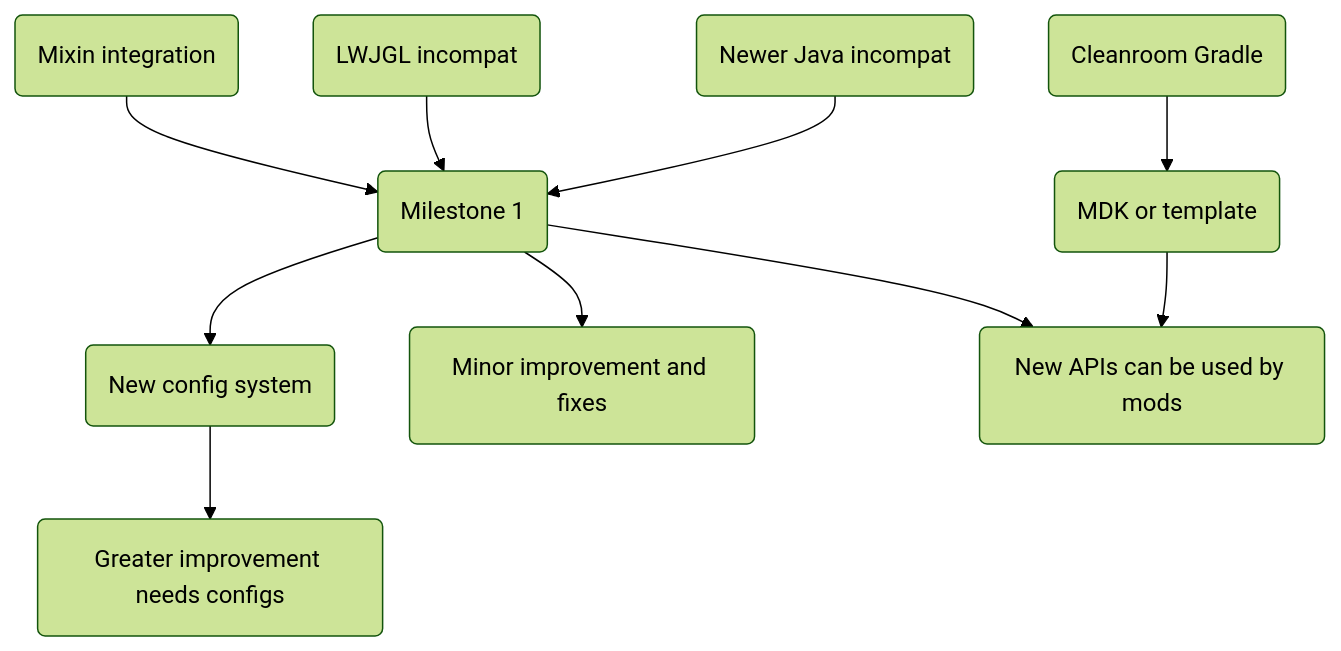
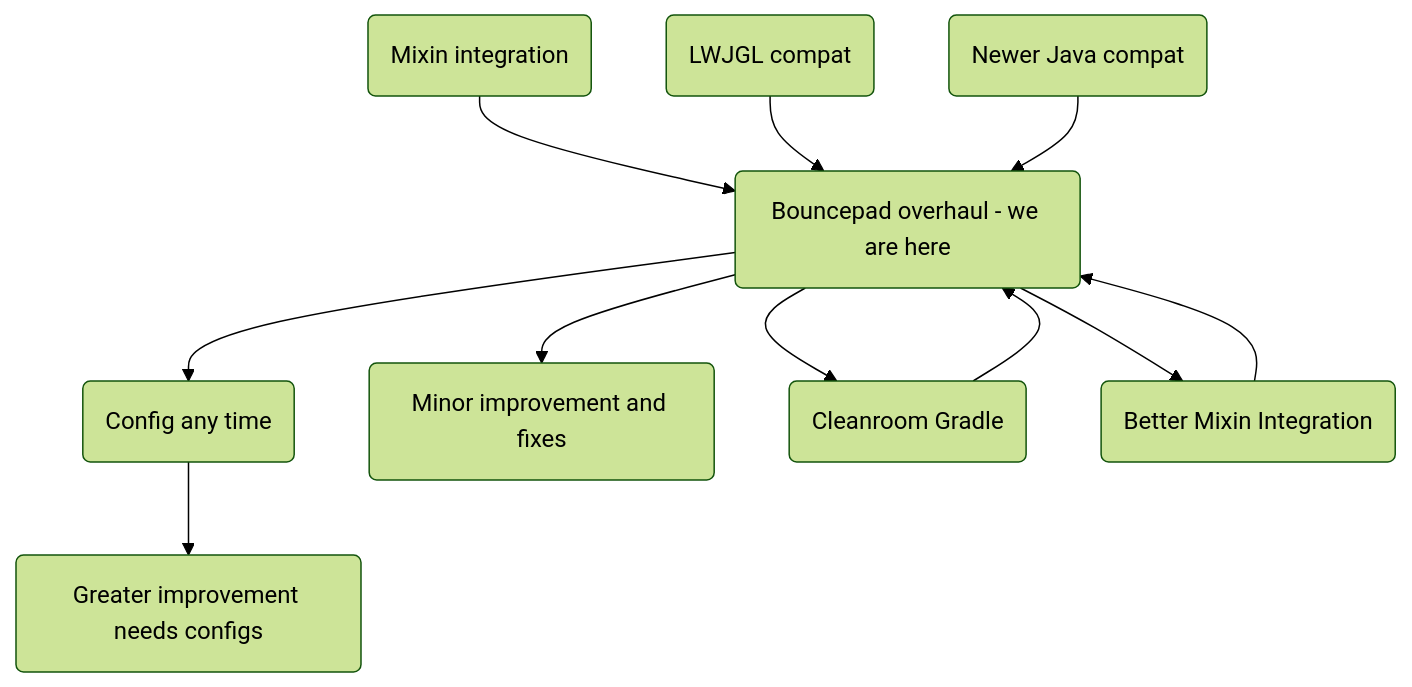
The diagram in README.md (CleanroomMC/Cleanroom), drawn with Mermaid (forest theme) before and after one commit. The commit also changed other lines of this file, not shown here.

````diff
--- a/README.md
+++ b/README.md
@@ -22,12 +51,13 @@
 ```mermaid
 graph TD;
-    A(Mixin integration)-->D(Milestone 1);
-    B(LWJGL incompat)-->D;
-    C(Newer Java incompat)-->D;
-    D-->E(New config system);
+    A(Mixin integration)-->D(Bouncepad overhaul - we are here);
+    B(LWJGL compat)-->D;
+    C(Newer Java compat)-->D;
+    D-->E(Config any time);
     D-->G(Minor improvement and fixes)
     E-->F(Greater improvement needs configs)
-    X(Cleanroom Gradle)-->Y(MDK or template)
-    Y-->Z(New APIs can be used by mods)
-    D-->Z
+    X(Cleanroom Gradle)-->D
+    D-->X
+    D-->Y(Better Mixin Integration)
+    Y-->D
 ```
````
